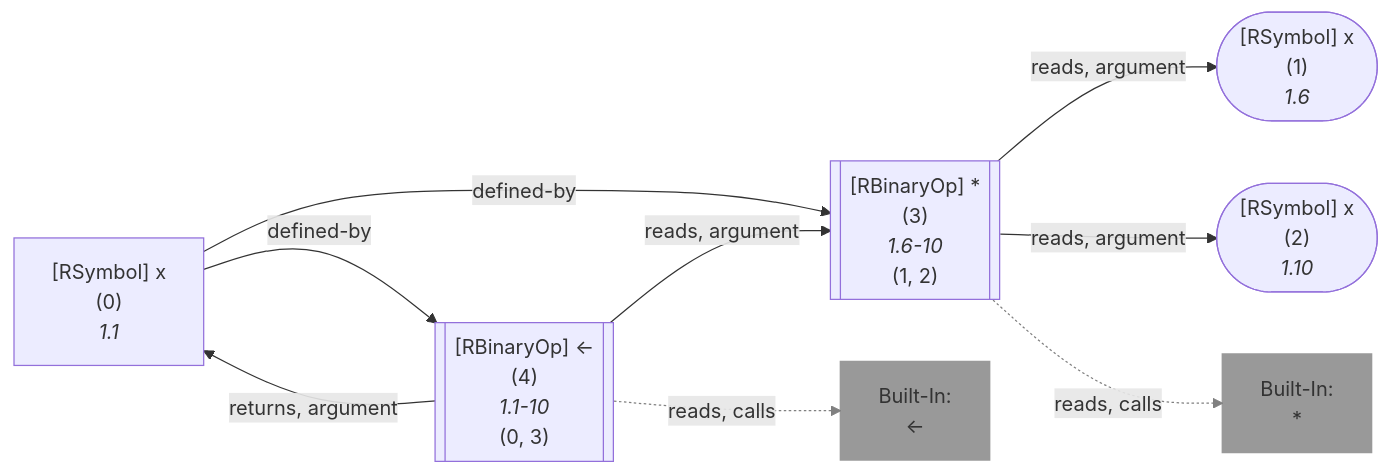
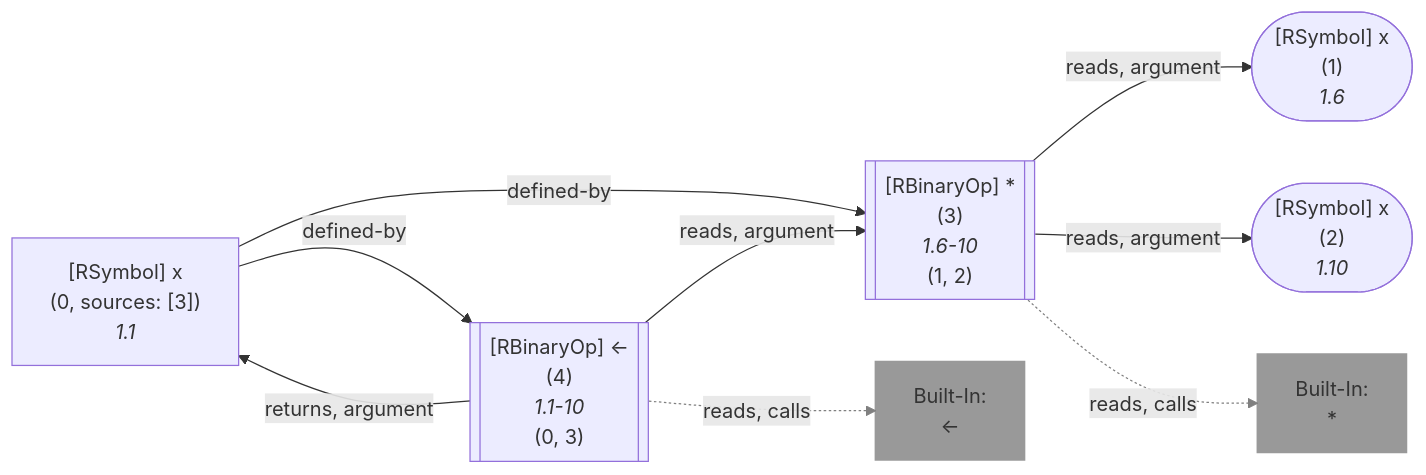
One commit to flowr-analysis/flowr changed the second of 4 diagrams in wiki/Search API.md. Above: the diagram before and after it, drawn with Mermaid. The commit also changed other lines of this file and 90 other files, not shown here.

````diff
--- a/wiki/Search API.md
+++ b/wiki/Search API.md
@@ -72,38 +72,38 @@
 ```mermaid
 flowchart LR
     1(["`#91;RSymbol#93; x
       (1)
       *1.6*`"])
    %% No edges found for 1
     2(["`#91;RSymbol#93; x
       (2)
       *1.10*`"])
    %% No edges found for 2
     3[["`#91;RBinaryOp#93; #42;
       (3)
       *1.6-10*
     (1, 2)`"]]
     built-in:_["`Built-In:
 #42;`"]
     style built-in:_ stroke:gray,fill:gray,stroke-width:2px,opacity:.8;
     0["`#91;RSymbol#93; x
-      (0)
+      (0, sources: [3])
       *1.1*`"]
     4[["`#91;RBinaryOp#93; #60;#45;
       (4)
       *1.1-10*
     (0, 3)`"]]
     built-in:_-["`Built-In:
 #60;#45;`"]
     style built-in:_- stroke:gray,fill:gray,stroke-width:2px,opacity:.8;
     3 -->|"reads, argument"| 1
     3 -->|"reads, argument"| 2
     3 -.->|"reads, calls"| built-in:_
     linkStyle 2 stroke:gray;
     0 -->|"defined-by"| 3
     0 -->|"defined-by"| 4
     4 -->|"reads, argument"| 3
     4 -->|"returns, argument"| 0
     4 -.->|"reads, calls"| built-in:_-
     linkStyle 7 stroke:gray;
 ```
````
